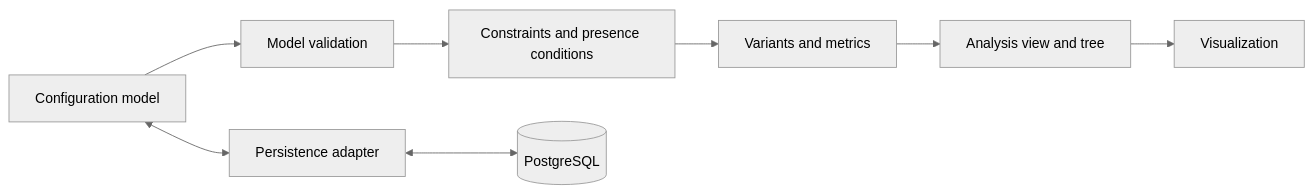
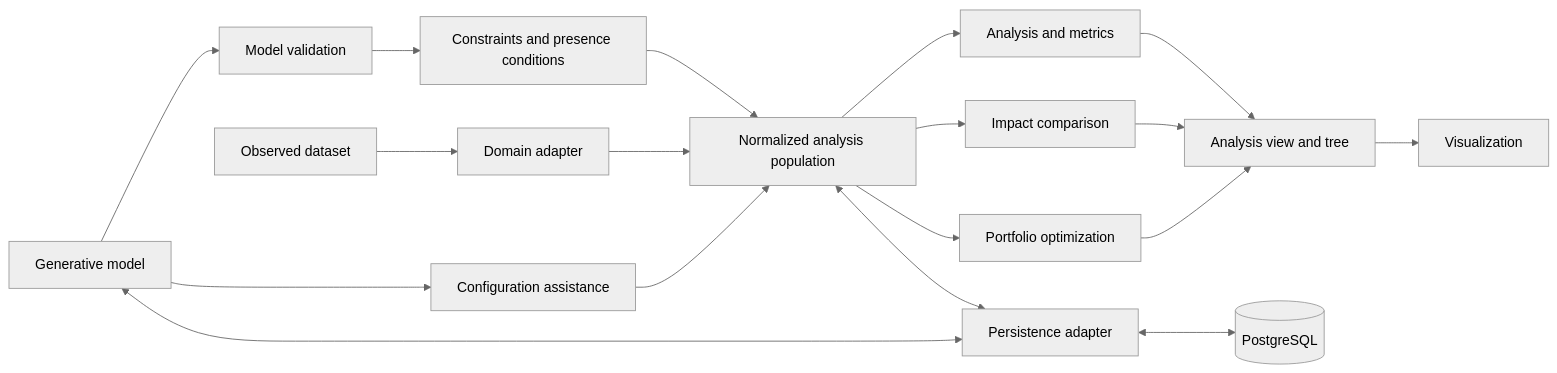
The diagram in docs/02-architecture/overview.md (eseidinger/variability-analysis), drawn with Mermaid (neutral theme) before and after one commit. The commit also changed other lines of this file and 23 other files, not shown here.

````diff
--- a/docs/02-architecture/overview.md
+++ b/docs/02-architecture/overview.md
@@ -5,10 +5,20 @@
 ```mermaid
 flowchart LR
-    Model[Configuration model] --> Validation[Model validation]
+    Model[Generative model] --> Validation[Model validation]
     Validation --> Evaluation[Constraints and presence conditions]
-    Evaluation --> Analysis[Variants and metrics]
+    Dataset[Observed dataset] --> Adapter[Domain adapter]
+    Evaluation --> Population[Normalized analysis population]
+    Adapter --> Population
+    Population --> Analysis[Analysis and metrics]
+    Population --> Impact[Impact comparison]
+    Model --> Configuration[Configuration assistance]
+    Configuration --> Population
+    Population --> Optimization[Portfolio optimization]
     Analysis --> View[Analysis view and tree]
+    Impact --> View
+    Optimization --> View
     View --> UI[Visualization]
-    Model <--> Adapter[Persistence adapter]
-    Adapter <--> DB[(PostgreSQL)]
+    Model <--> Persistence[Persistence adapter]
+    Population <--> Persistence
+    Persistence <--> DB[(PostgreSQL)]
 ```
````
